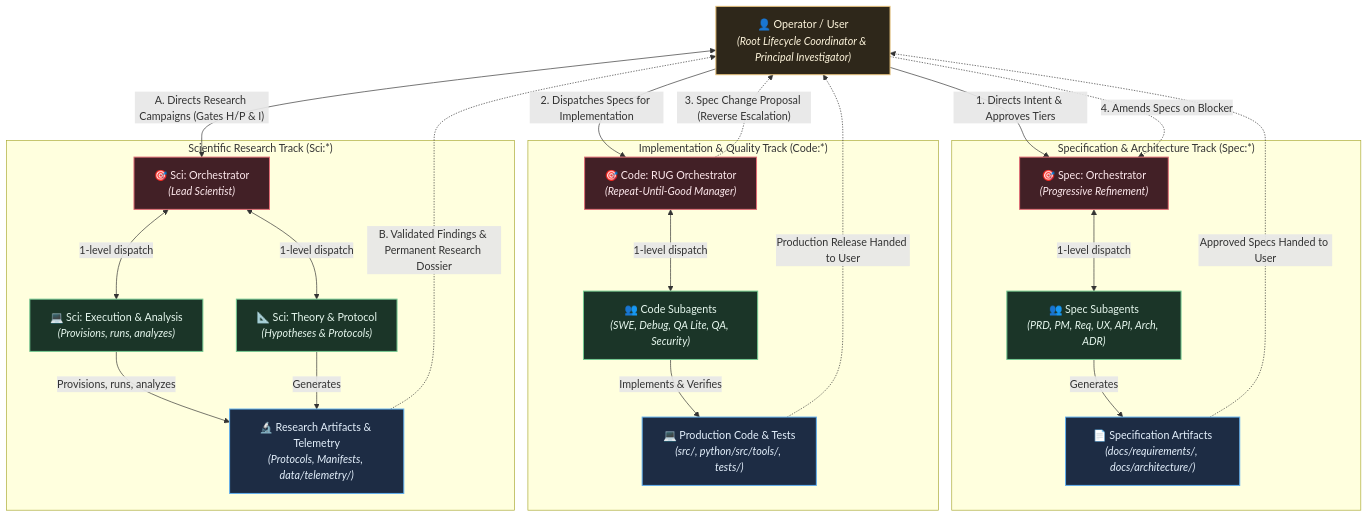
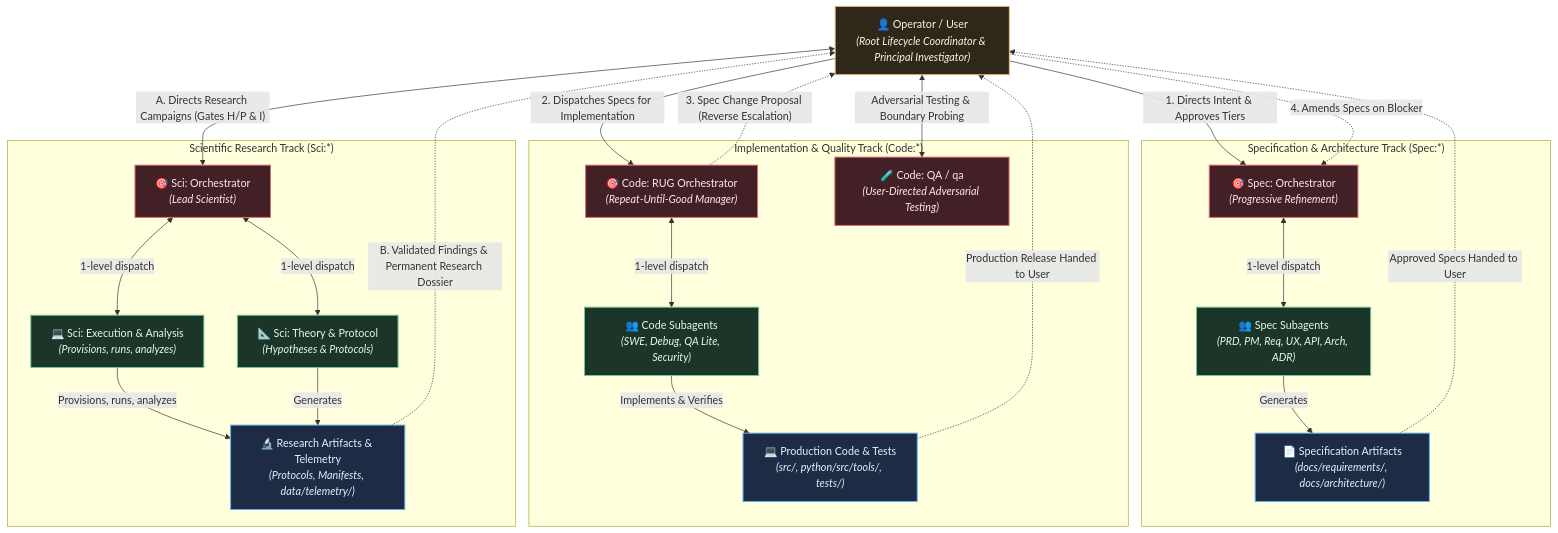
The first of 4 diagrams in README.md (Shapedsundew9/ca-experiment), drawn with Mermaid before and after one commit. The commit also changed other lines of this file and 10 other files, not shown here.

Commit message:
feat: Update QA and orchestration agents for improved validation and user-directed testing

````diff
--- a/README.md
+++ b/README.md
@@ -67,74 +67,76 @@
 ```mermaid
 %%{init: {
   'theme': 'base',
   'themeVariables': {
     'darkMode': true,
     'background': '#161922',
     'mainBkg': '#1e2230',
     'nodeBorder': '#434c5e',
     'textColor': '#e2e8f0',
     'fontFamily': 'ui-sans-serif, system-ui, -apple-system, BlinkMacSystemFont, "Segoe UI", Roboto, sans-serif',
     'fontSize': '14px',
     'lineColor': '#8892b0',
     'primaryColor': '#422026',
     'primaryTextColor': '#fde8ec',
     'primaryBorderColor': '#e06c75',
     'secondaryColor': '#1b3528',
     'secondaryTextColor': '#e6f7ee',
     'secondaryBorderColor': '#73c991',
     'tertiaryColor': '#1d2c44',
     'tertiaryTextColor': '#e4f0fc',
     'tertiaryBorderColor': '#61afef',
     'clusterBkg': '#13161f',
     'clusterBorder': '#373e51',
     'noteBkgColor': '#2e271a',
     'noteTextColor': '#fdf4db',
     'noteBorderColor': '#e5c07b',
     'edgeLabelBackground': '#1a1d27'
   }
 }}%%
 flowchart TB
     classDef primary fill:#422026,stroke:#e06c75,stroke-width:1.5px,color:#fde8ec;
     classDef secondary fill:#1b3528,stroke:#73c991,stroke-width:1.5px,color:#e6f7ee;
     classDef tertiary fill:#1d2c44,stroke:#61afef,stroke-width:1.5px,color:#e4f0fc;
     classDef note fill:#2e271a,stroke:#e5c07b,stroke-width:1.5px,color:#fdf4db;
 
     USER["👤 Operator / User<br/><i>(Root Lifecycle Coordinator & Principal Investigator)</i>"]:::note
 
     subgraph SPEC_TRACK["Specification & Architecture Track (Spec:*)"]
         SPEC_O["🎯 Spec: Orchestrator<br/><i>(Progressive Refinement)</i>"]:::primary
         SPEC_SUBS["👥 Spec Subagents<br/><i>(PRD, PM, Req, UX, API, Arch, ADR)</i>"]:::secondary
         SPEC_ARTS["📄 Specification Artifacts<br/><i>(docs/requirements/, docs/architecture/)</i>"]:::tertiary
         SPEC_O <-->|"1-level dispatch"| SPEC_SUBS
         SPEC_SUBS -->|"Generates"| SPEC_ARTS
     end
 
     subgraph CODE_TRACK["Implementation & Quality Track (Code:*)"]
         CODE_O["🎯 Code: RUG Orchestrator<br/><i>(Repeat-Until-Good Manager)</i>"]:::primary
-        CODE_SUBS["👥 Code Subagents<br/><i>(SWE, Debug, QA Lite, QA, Security)</i>"]:::secondary
+        CODE_SUBS["👥 Code Subagents<br/><i>(SWE, Debug, QA Lite, Security)</i>"]:::secondary
         CODE_PROD["💻 Production Code & Tests<br/><i>(src/, python/src/tools/, tests/)</i>"]:::tertiary
+        CODE_QA_USER["🧪 Code: QA / qa<br/><i>(User-Directed Adversarial Testing)</i>"]:::primary
         CODE_O <-->|"1-level dispatch"| CODE_SUBS
         CODE_SUBS -->|"Implements & Verifies"| CODE_PROD
     end
 
     subgraph SCI_TRACK["Scientific Research Track (Sci:*)"]
         SCI_O["🎯 Sci: Orchestrator<br/><i>(Lead Scientist)</i>"]:::primary
         SCI_THEORY["📐 Sci: Theory & Protocol<br/><i>(Hypotheses & Protocols)</i>"]:::secondary
         SCI_EXEC["💻 Sci: Execution & Analysis<br/><i>(Provisions, runs, analyzes)</i>"]:::secondary
         SCI_ARTS["🔬 Research Artifacts & Telemetry<br/><i>(Protocols, Manifests, data/telemetry/)</i>"]:::tertiary
         SCI_O <-->|"1-level dispatch"| SCI_THEORY
         SCI_O <-->|"1-level dispatch"| SCI_EXEC
         SCI_EXEC -->|"Provisions, runs, analyzes"| SCI_ARTS
         SCI_THEORY -->|"Generates"| SCI_ARTS
     end
 
     USER -->|"1. Directs Intent & Approves Tiers"| SPEC_O
     SPEC_ARTS -.->|"Approved Specs Handed to User"| USER
     USER -->|"2. Dispatches Specs for Implementation"| CODE_O
     CODE_PROD -.->|"Production Release Handed to User"| USER
+    USER <-->|"Adversarial Testing & Boundary Probing"| CODE_QA_USER
     CODE_O -.->|"3. Spec Change Proposal (Reverse Escalation)"| USER
     USER -.->|"4. Amends Specs on Blocker"| SPEC_O
 
     USER <-->|"A. Directs Research Campaigns (Gates H/P & I)"| SCI_O
     SCI_ARTS -.->|"B. Validated Findings & Permanent Research Dossier"| USER
 ```
````
